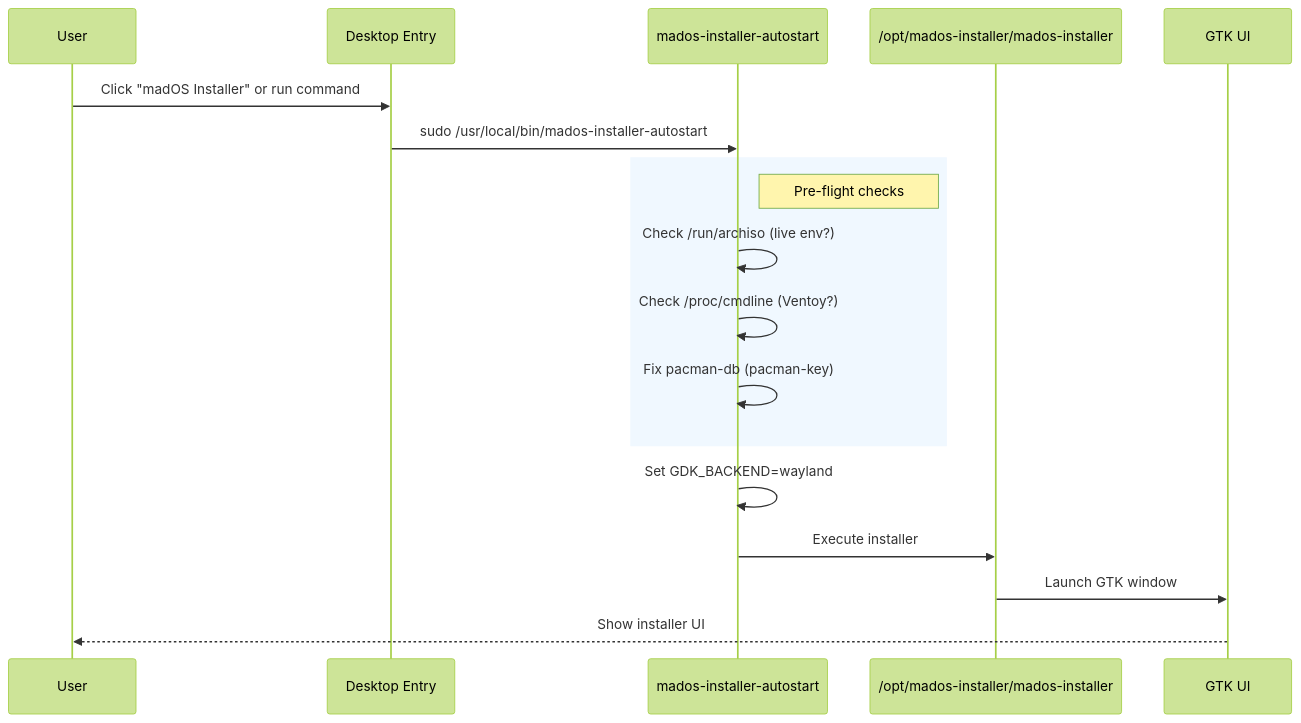
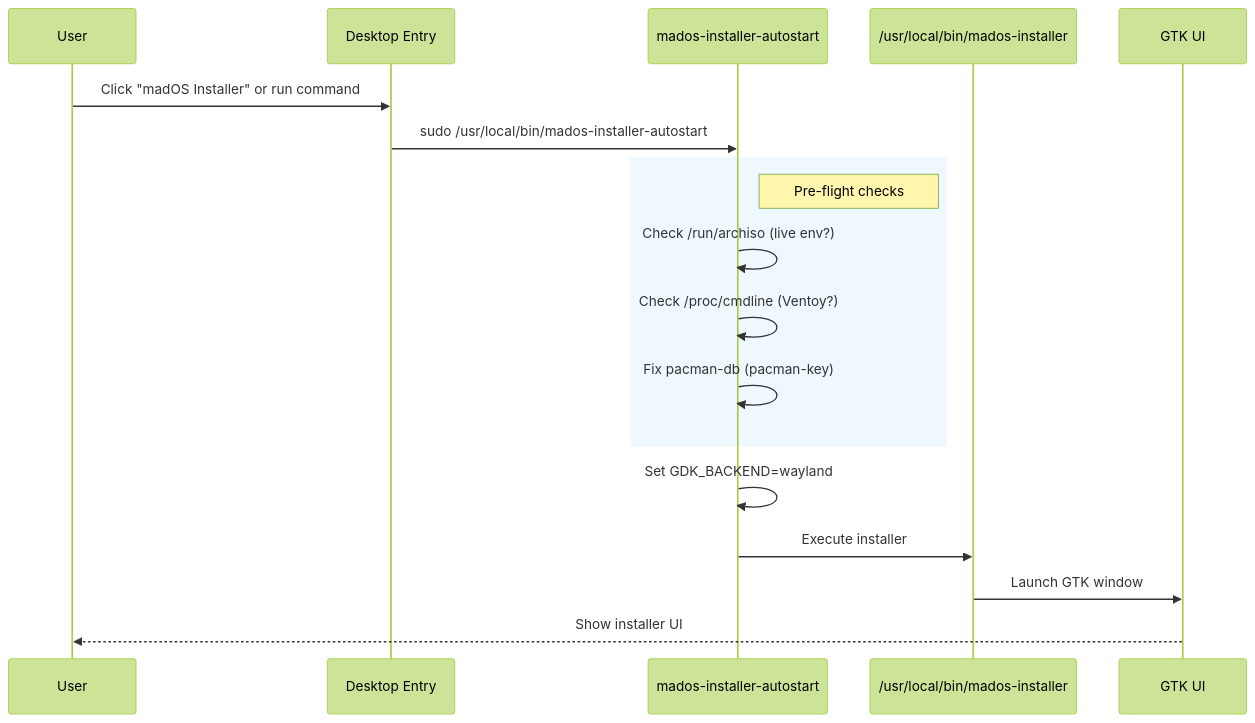
The third of 6 diagrams in docs/SEQUENCE_DIAGRAMS.md (madoslinux/mad-os), drawn with Mermaid (forest theme) before and after one commit. The commit also changed other lines of this file and 12 other files, not shown here.

Commit message:
fix: use /usr/local/bin/mados-installer instead of /opt/

````diff
--- a/docs/SEQUENCE_DIAGRAMS.md
+++ b/docs/SEQUENCE_DIAGRAMS.md
@@ -67,23 +67,23 @@
 ```mermaid
 sequenceDiagram
     participant U as User
     participant D as Desktop Entry
     participant A as mados-installer-autostart
-    participant I as /opt/mados-installer/mados-installer
+    participant I as /usr/local/bin/mados-installer
     participant G as GTK UI
 
     U->>D: Click "madOS Installer" or run command
     D->>A: sudo /usr/local/bin/mados-installer-autostart
     
     rect rgb(240, 248, 255)
         note right of A: Pre-flight checks
         A->>A: Check /run/archiso (live env?)
         A->>A: Check /proc/cmdline (Ventoy?)
         A->>A: Fix pacman-db (pacman-key)
     end
     
     A->>A: Set GDK_BACKEND=wayland
     A->>I: Execute installer
     I->>G: Launch GTK window
     G-->>U: Show installer UI
 ```
````
